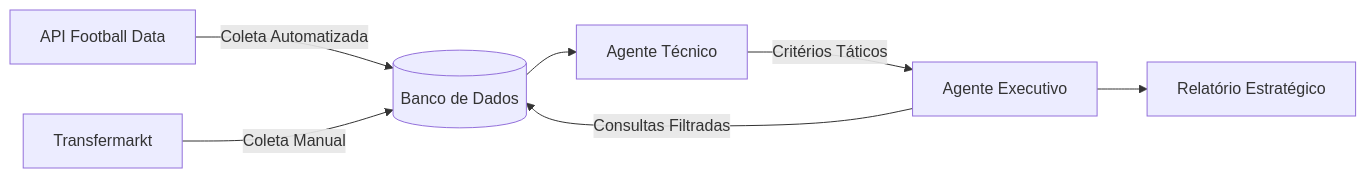
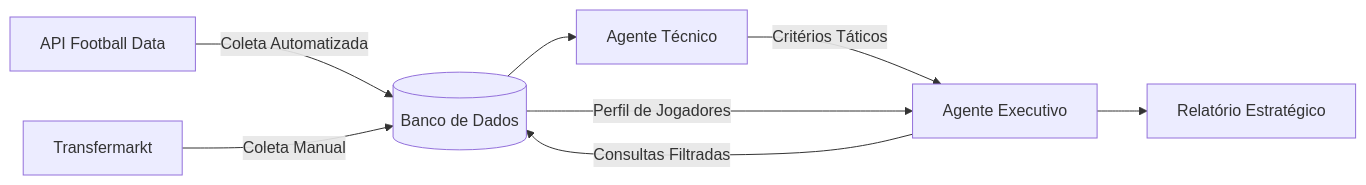
One commit to Reyso/ScoutAi-Agents changed the diagram in README.md. Above: the diagram before and after it, drawn with Mermaid.

````diff
--- a/README.md
+++ b/README.md
@@ -19,9 +19,10 @@
 ```mermaid
 graph LR
     A[API Football Data] -->|Coleta Automatizada| B[(Banco de Dados)]
     C[Transfermarkt] -->|Coleta Manual| B
     B --> D[Agente Técnico]
     D -->|Critérios Táticos| E[Agente Executivo]
     E -->|Consultas Filtradas| B
+    B -->|Perfil de Jogadores| E
     E --> F[Relatório Estratégico] 
 ```
````
